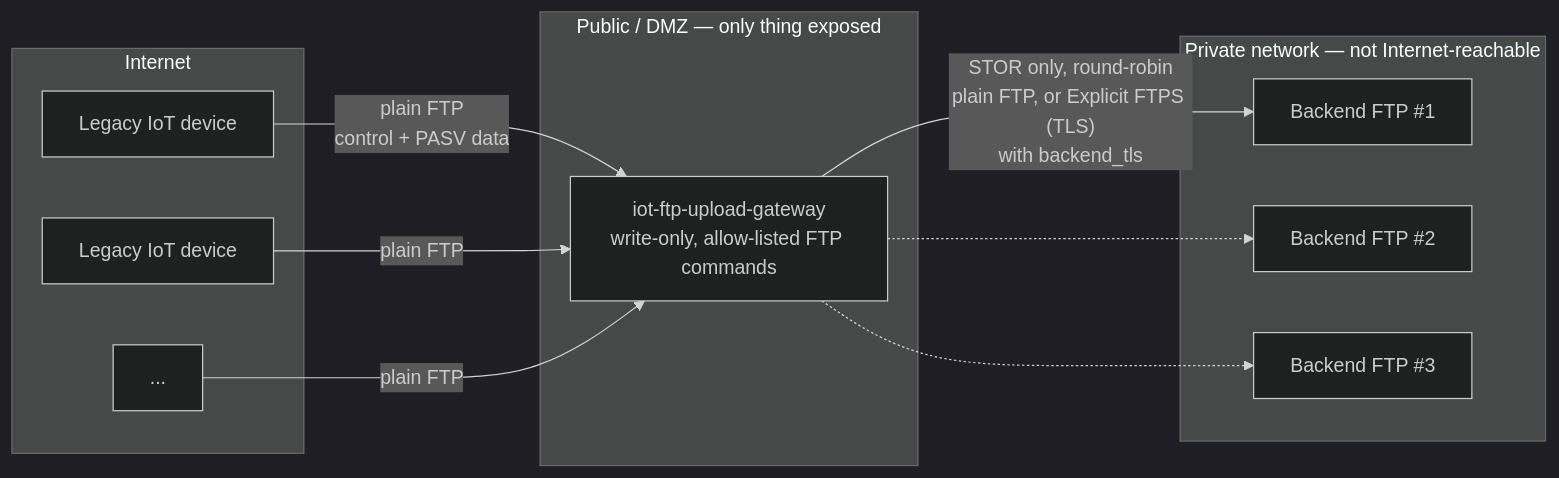
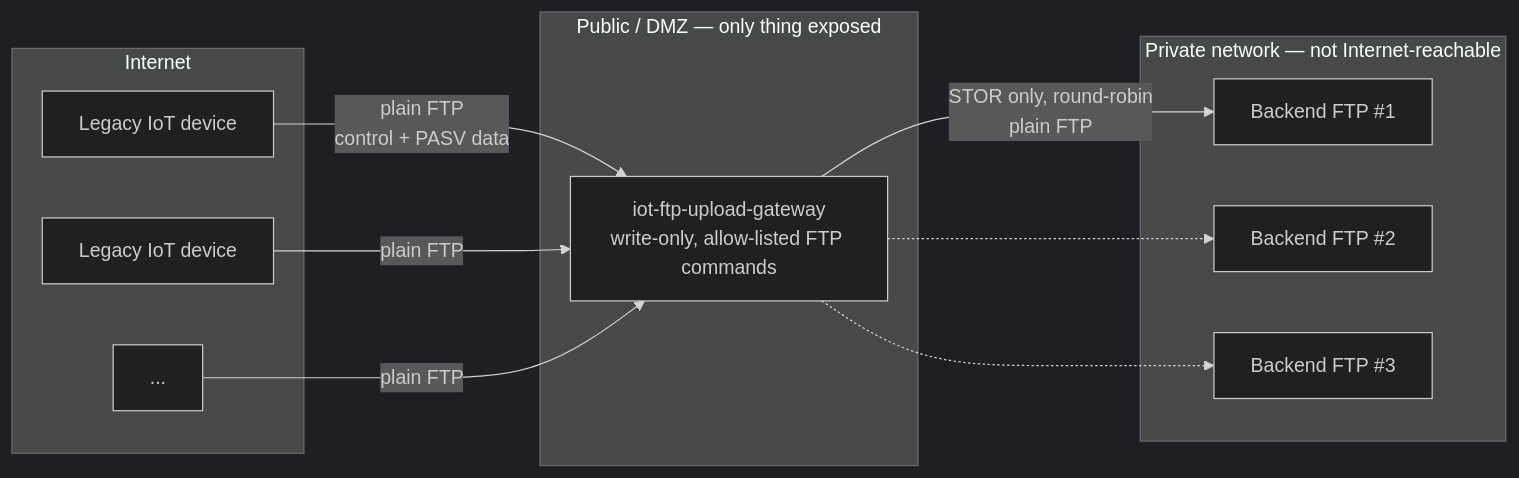
One commit to higanworks/iot-ftp-upload-gateway changed the first of 3 diagrams in README.md. Above: the diagram before and after it, drawn with Mermaid (dark theme). The commit also changed other lines of this file, not shown here.

First line of the commit message:
Add a backend-FTPS diagram to the README Architecture section

````diff
--- a/README.md
+++ b/README.md
@@ -21,25 +21,25 @@
 ```mermaid
 flowchart LR
     subgraph internet["Internet"]
         device1["Legacy IoT device"]
         device2["Legacy IoT device"]
         deviceN["..."]
     end
 
     subgraph dmz["Public / DMZ — only thing exposed"]
         gw["iot-ftp-upload-gateway<br/>write-only, allow-listed FTP commands"]
     end
 
     subgraph private["Private network — not Internet-reachable"]
         b1["Backend FTP #1"]
         b2["Backend FTP #2"]
         b3["Backend FTP #3"]
     end
 
     device1 -- "plain FTP<br/>control + PASV data" --> gw
     device2 -- "plain FTP" --> gw
     deviceN -- "plain FTP" --> gw
-    gw -- "STOR only, round-robin<br/>plain FTP, or Explicit FTPS (TLS)<br/>with backend_tls" --> b1
+    gw -- "STOR only, round-robin<br/>plain FTP" --> b1
     gw -.-> b2
     gw -.-> b3
 ```
````
